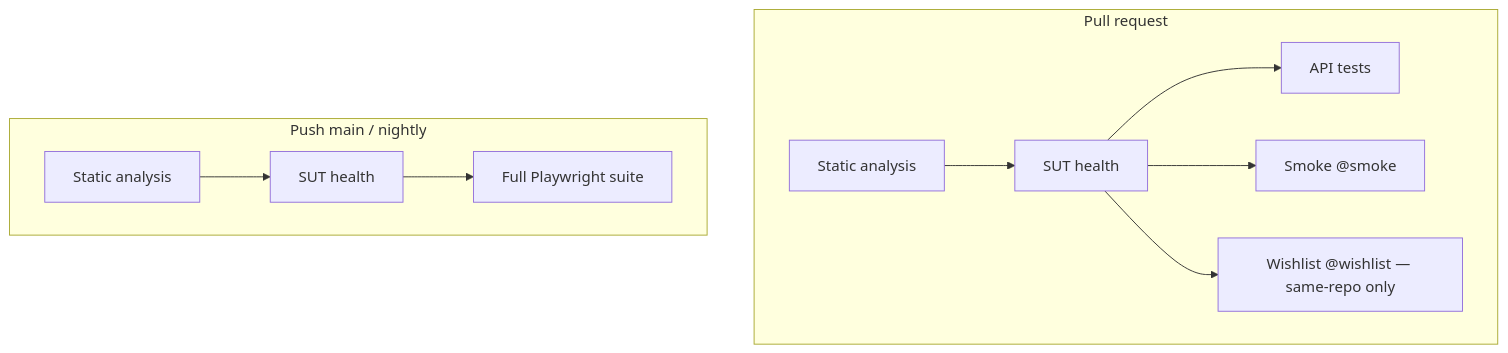
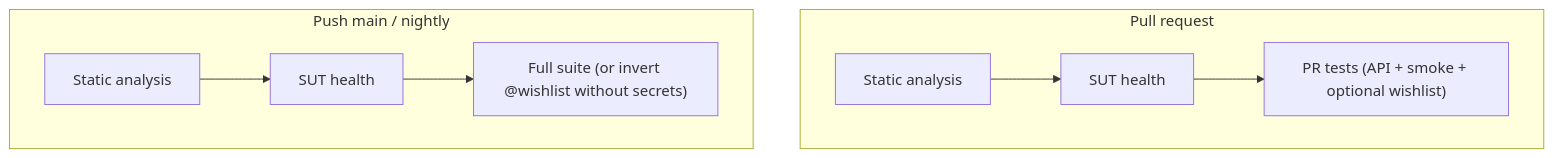
The fourth of 4 diagrams in docs/ARCHITECTURE.md (NandaRam153/Opencart-Playwright-Typescript-automation), drawn with Mermaid before and after one commit. The commit also changed other lines of this file and 14 other files, not shown here.

````diff
--- a/docs/ARCHITECTURE.md
+++ b/docs/ARCHITECTURE.md
@@ -205,14 +205,12 @@
 ```mermaid
 flowchart TB
     subgraph pr [Pull request]
         S1[Static analysis] --> S2[SUT health]
-        S2 --> S3[API tests]
-        S2 --> S4[Smoke @smoke]
-        S2 --> S5[Wishlist @wishlist — same-repo only]
+        S2 --> S3["PR tests (API + smoke + optional wishlist)"]
     end
 
     subgraph main [Push main / nightly]
         M1[Static analysis] --> M2[SUT health]
-        M2 --> M3[Full Playwright suite]
+        M2 --> M3["Full suite (or invert @wishlist without secrets)"]
     end
 ```
````
